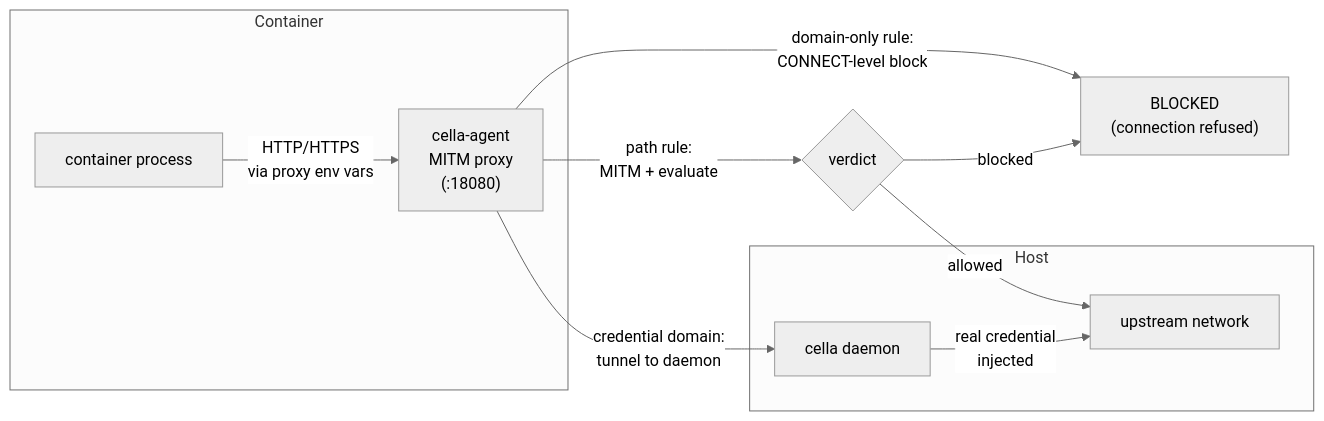
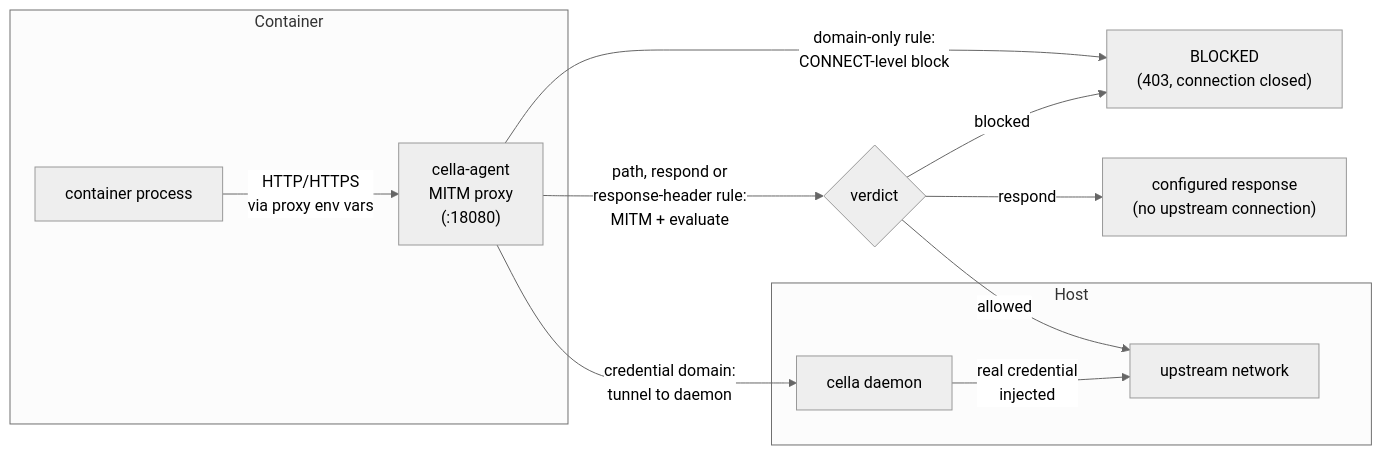
One commit to eve0415/cella changed the diagram in docs/specs/network-proxy.md. Above: the diagram before and after it, drawn with Mermaid (neutral theme). The commit also changed other lines of this file and 42 other files, not shown here.

Commit message:
feat(network): mock responses and inject response headers in the network proxy (#255)

````diff
--- a/docs/specs/network-proxy.md
+++ b/docs/specs/network-proxy.md
@@ -15,20 +15,21 @@
 ```mermaid
 flowchart LR
     subgraph Container
         process["container process"]
         proxy["cella-agent<br/>MITM proxy<br/>(:18080)"]
     end
 
     subgraph Host
         daemon["cella daemon"]
         upstream["upstream network"]
     end
 
     process -->|"HTTP/HTTPS<br/>via proxy env vars"| proxy
-    proxy -->|"domain-only rule:<br/>CONNECT-level block"| blocked["BLOCKED<br/>(connection refused)"]
-    proxy -->|"path rule:<br/>MITM + evaluate"| decision{verdict}
+    proxy -->|"domain-only rule:<br/>CONNECT-level block"| blocked["BLOCKED<br/>(403, connection closed)"]
+    proxy -->|"path, respond or<br/>response-header rule:<br/>MITM + evaluate"| decision{verdict}
     decision -->|"allowed"| upstream
     decision -->|"blocked"| blocked
+    decision -->|"respond"| mock["configured response<br/>(no upstream connection)"]
     proxy -->|"credential domain:<br/>tunnel to daemon"| daemon
     daemon -->|"real credential<br/>injected"| upstream
 ```
````
